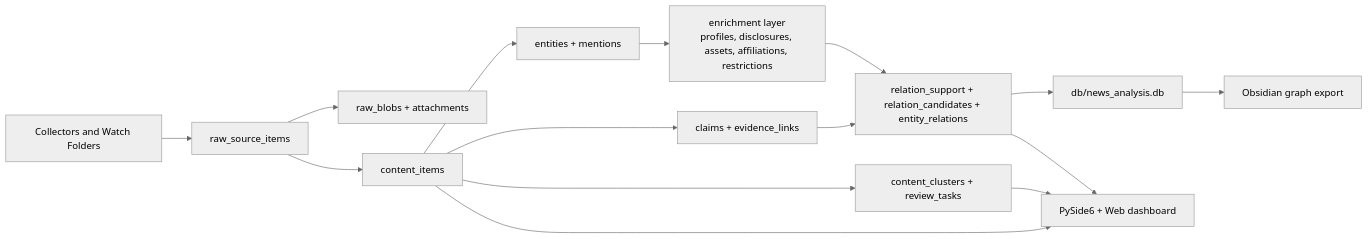
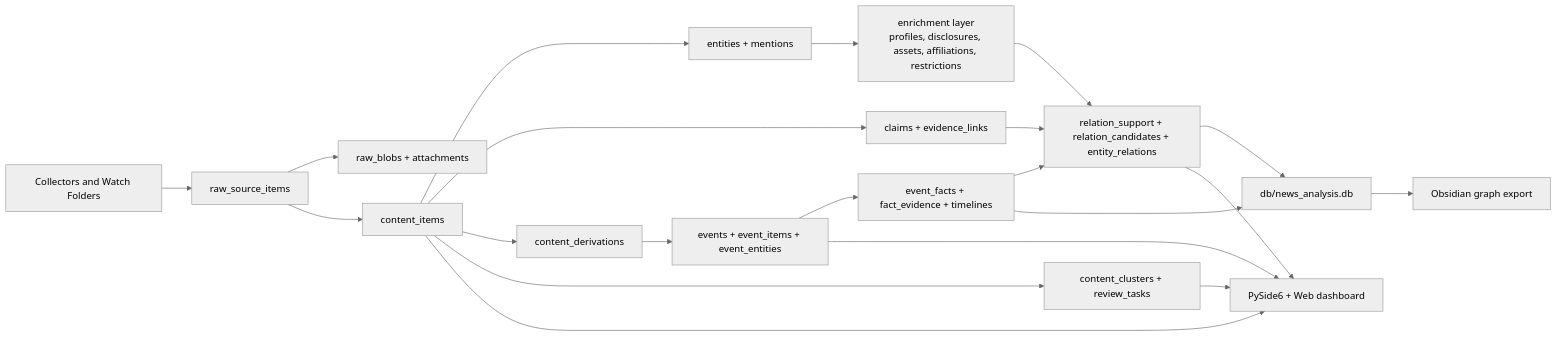
The first of 2 diagrams in README.md (lReDragol/civic-evidence-lab), drawn with Mermaid (neutral theme) before and after one commit. The commit also changed other lines of this file and 18 other files, not shown here.

Commit message:
Add event-centric temporal evidence pipeline

````diff
--- a/README.md
+++ b/README.md
@@ -88,17 +88,23 @@
 ```mermaid
 flowchart LR
     A["Collectors and Watch Folders"] --> B["raw_source_items"]
     B --> C["raw_blobs + attachments"]
     B --> D["content_items"]
     D --> E["entities + mentions"]
     D --> F["claims + evidence_links"]
+    D --> M["content_derivations"]
+    M --> N["events + event_items + event_entities"]
+    N --> O["event_facts + fact_evidence + timelines"]
     E --> G["enrichment layer<br/>profiles, disclosures, assets, affiliations, restrictions"]
     F --> H["relation_support + relation_candidates + entity_relations"]
     G --> H
+    O --> H
     D --> I["content_clusters + review_tasks"]
     H --> J["db/news_analysis.db"]
+    O --> J
     J --> K["Obsidian graph export"]
     D --> L["PySide6 + Web dashboard"]
     I --> L
     H --> L
+    N --> L
 ```
````
